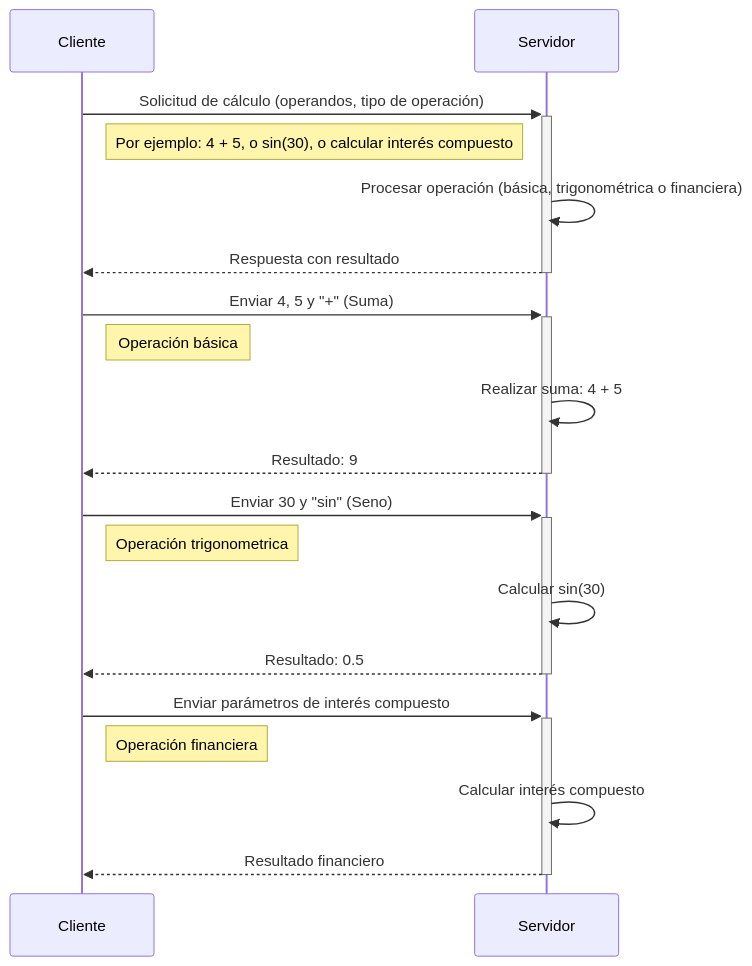
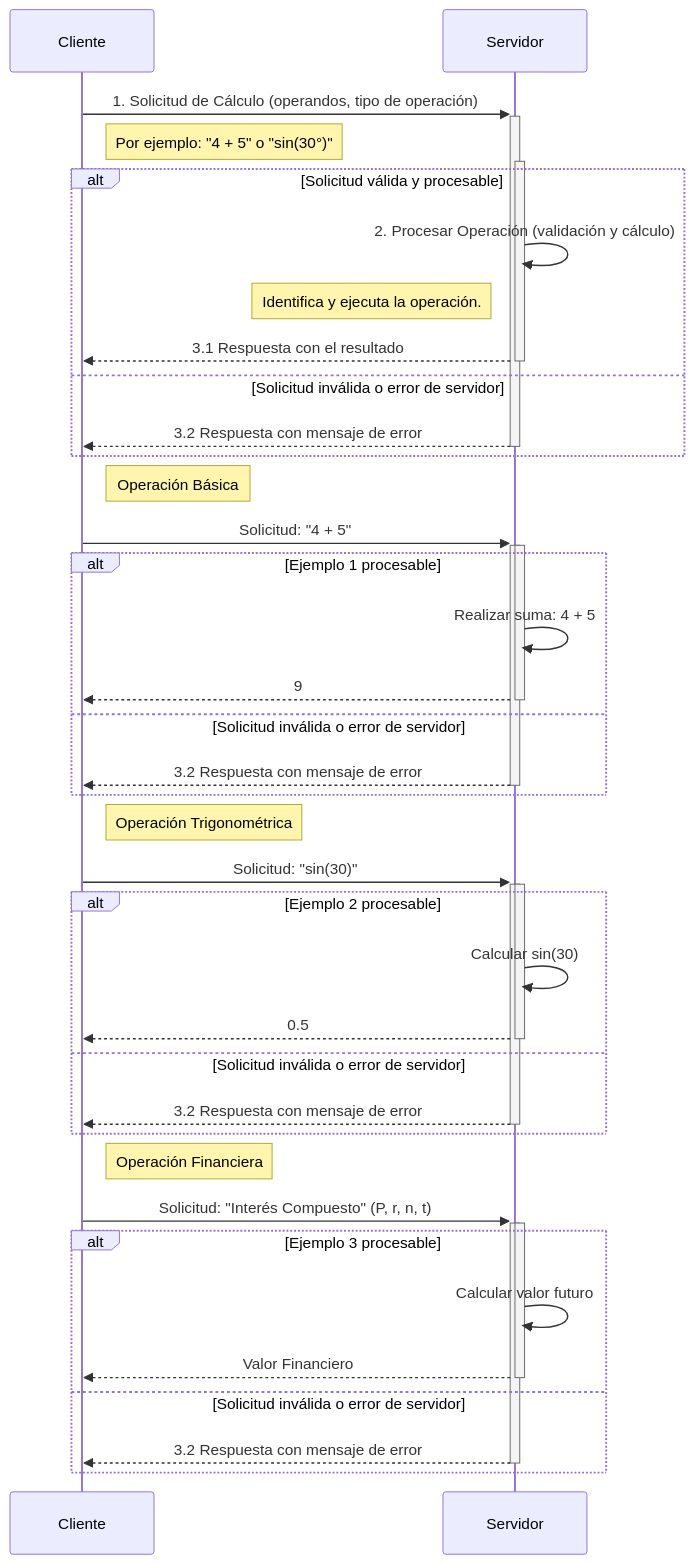
Before and after one commit to Borjavaz/Tareas_PSP: the diagram in src/Tarea29/Readme.md, drawn with Mermaid.

Commit message:
Manejo de errores implementado

````diff
--- a/src/Tarea29/Readme.md
+++ b/src/Tarea29/Readme.md
@@ -1,25 +1,54 @@
 ```mermaid
 sequenceDiagram
-participant Cliente
-participant Servidor
 
-Cliente->>+Servidor: Solicitud de cálculo (operandos, tipo de operación)
-Note right of Cliente: Por ejemplo: 4 + 5, o sin(30), o calcular interés compuesto
-Servidor->>Servidor: Procesar operación (básica, trigonométrica o financiera)
-Servidor-->>-Cliente: Respuesta con resultado
+    participant Cliente
+    participant Servidor
 
-Cliente->>+Servidor: Enviar 4, 5 y "+" (Suma)
-Note right of Cliente: Operación básica
-Servidor->>Servidor: Realizar suma: 4 + 5
-Servidor-->>-Cliente: Resultado: 9
+    Cliente->>+Servidor: 1. Solicitud de Cálculo (operandos, tipo de operación)
+    Note right of Cliente: Por ejemplo: "4 + 5" o "sin(30°)"
 
-Cliente->>+Servidor: Enviar 30 y "sin" (Seno)
-Note right of Cliente: Operación trigonometrica
-Servidor->>Servidor: Calcular sin(30)
-Servidor-->>-Cliente: Resultado: 0.5
+    activate Servidor
+    alt Solicitud válida y procesable
+        Servidor->>Servidor: 2. Procesar Operación (validación y cálculo)
+        Note left of Servidor: Identifica y ejecuta la operación.
+        Servidor-->>-Cliente: 3.1 Respuesta con el resultado
+    else Solicitud inválida o error de servidor
+        Servidor-->>-Cliente: 3.2 Respuesta con mensaje de error
+    end
 
-Cliente->>+Servidor: Enviar parámetros de interés compuesto
-Note right of Cliente: Operación financiera
-Servidor->>Servidor: Calcular interés compuesto
-Servidor-->>-Cliente: Resultado financiero
+    Note right of Cliente: Operación Básica
+    Cliente->>+Servidor: Solicitud: "4 + 5"
+
+    activate Servidor
+
+    alt Ejemplo 1 procesable
+        Servidor->>Servidor: Realizar suma: 4 + 5
+        Servidor-->>-Cliente: 9
+    else Solicitud inválida o error de servidor
+        Servidor-->>-Cliente: 3.2 Respuesta con mensaje de error
+    end
+
+
+    Note right of Cliente: Operación Trigonométrica
+    Cliente->>+Servidor: Solicitud: "sin(30)"
+
+    activate Servidor
+
+    alt Ejemplo 2 procesable
+        Servidor->>Servidor: Calcular sin(30)
+        Servidor-->>-Cliente: 0.5
+    else Solicitud inválida o error de servidor
+        Servidor-->>-Cliente: 3.2 Respuesta con mensaje de error
+    end
+
+    Note right of Cliente: Operación Financiera
+    Cliente->>+Servidor: Solicitud: "Interés Compuesto" (P, r, n, t)
+
+    activate Servidor
+    alt Ejemplo 3 procesable
+        Servidor->>Servidor: Calcular valor futuro
+        Servidor-->>-Cliente: Valor Financiero
+    else Solicitud inválida o error de servidor
+        Servidor-->>-Cliente: 3.2 Respuesta con mensaje de error
+    end
 ```
````
